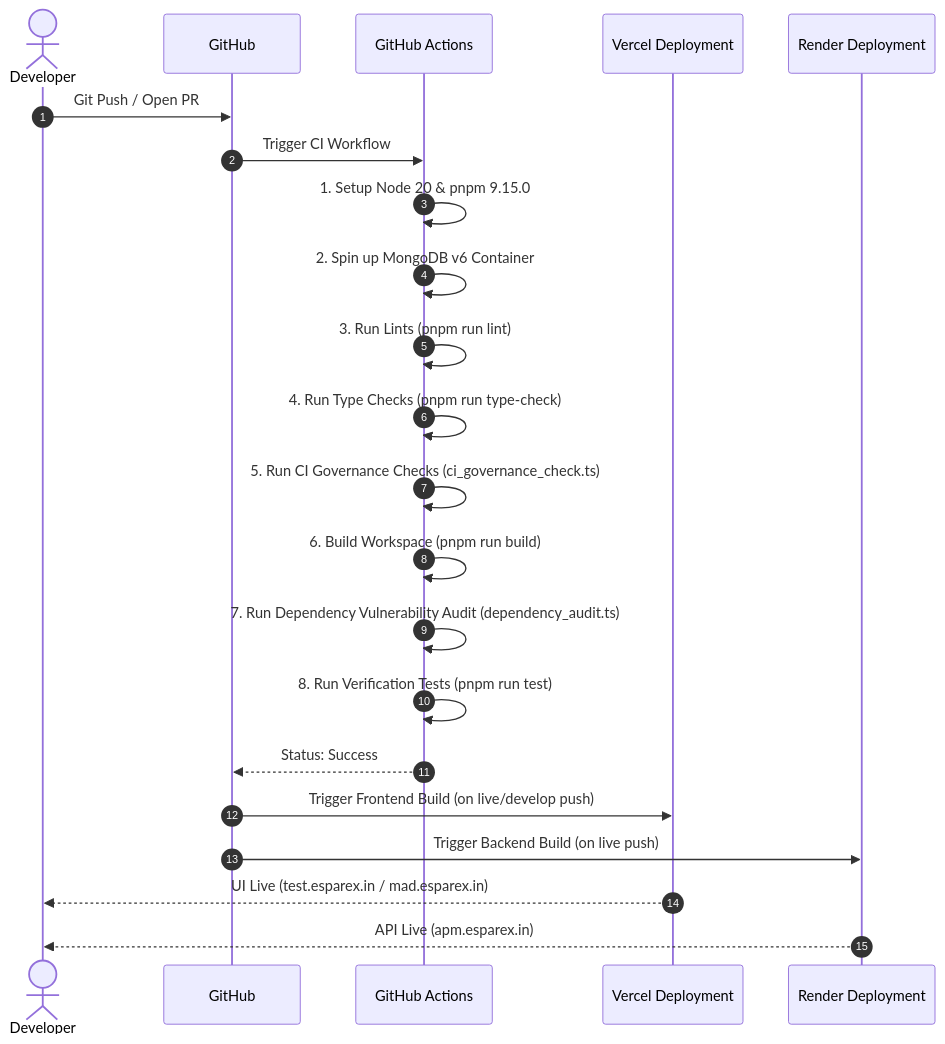
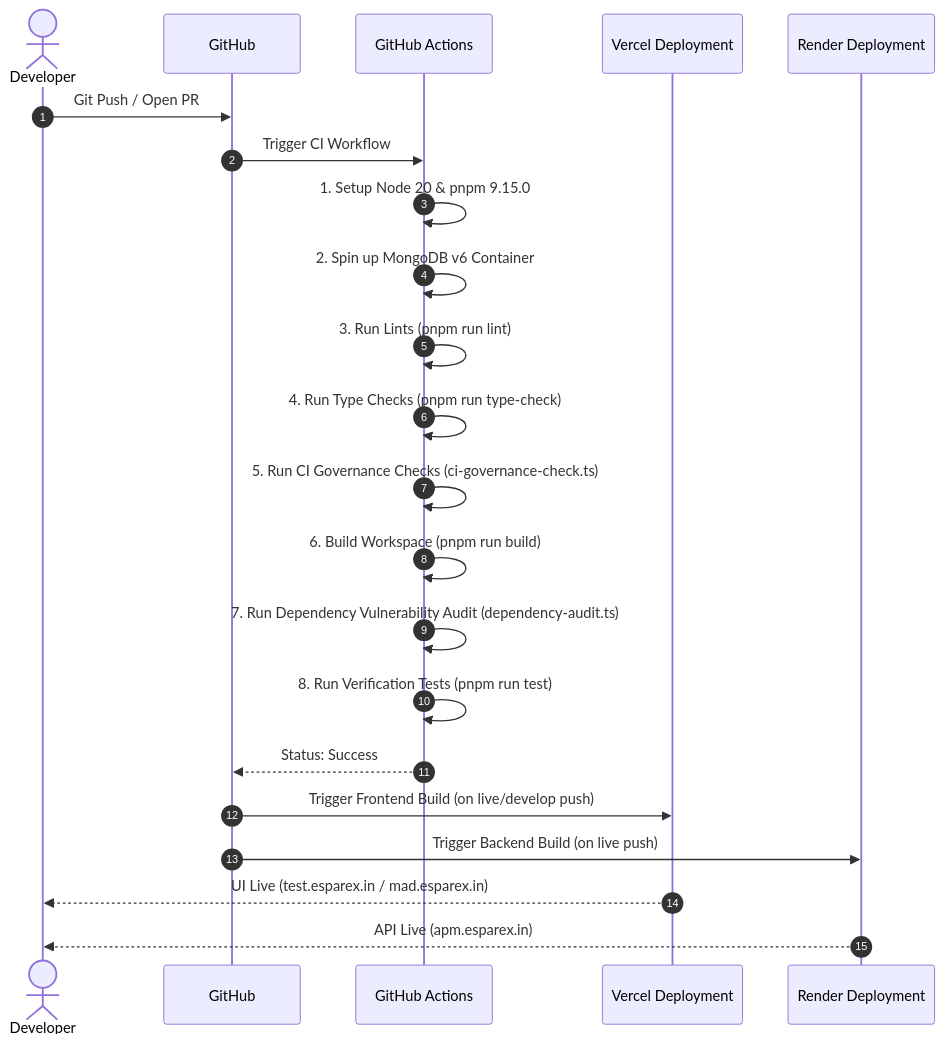
The second of 2 diagrams in DEPLOYMENT_MAP.md (adminmadusa/MAD-Entertrainment), drawn with Mermaid before and after one commit. The commit also changed 857 other files, not shown here.

````diff
--- a/DEPLOYMENT_MAP.md
+++ b/DEPLOYMENT_MAP.md
@@ -223,25 +223,25 @@
 ```mermaid
 sequenceDiagram
   autonumber
   actor Dev as Developer
   participant Git as GitHub
   participant CI as GitHub Actions
   participant Vercel as Vercel Deployment
   participant Render as Render Deployment
 
   Dev->>Git: Git Push / Open PR
   Git->>CI: Trigger CI Workflow
   CI->>CI: 1. Setup Node 20 & pnpm 9.15.0
   CI->>CI: 2. Spin up MongoDB v6 Container
   CI->>CI: 3. Run Lints (pnpm run lint)
   CI->>CI: 4. Run Type Checks (pnpm run type-check)
-  CI->>CI: 5. Run CI Governance Checks (ci_governance_check.ts)
+  CI->>CI: 5. Run CI Governance Checks (ci-governance-check.ts)
   CI->>CI: 6. Build Workspace (pnpm run build)
-  CI->>CI: 7. Run Dependency Vulnerability Audit (dependency_audit.ts)
+  CI->>CI: 7. Run Dependency Vulnerability Audit (dependency-audit.ts)
   CI->>CI: 8. Run Verification Tests (pnpm run test)
   CI-->>Git: Status: Success
   Git->>Vercel: Trigger Frontend Build (on live/develop push)
   Git->>Render: Trigger Backend Build (on live push)
   Vercel-->>Dev: UI Live (test.esparex.in / mad.esparex.in)
   Render-->>Dev: API Live (apm.esparex.in)
 ```
````
